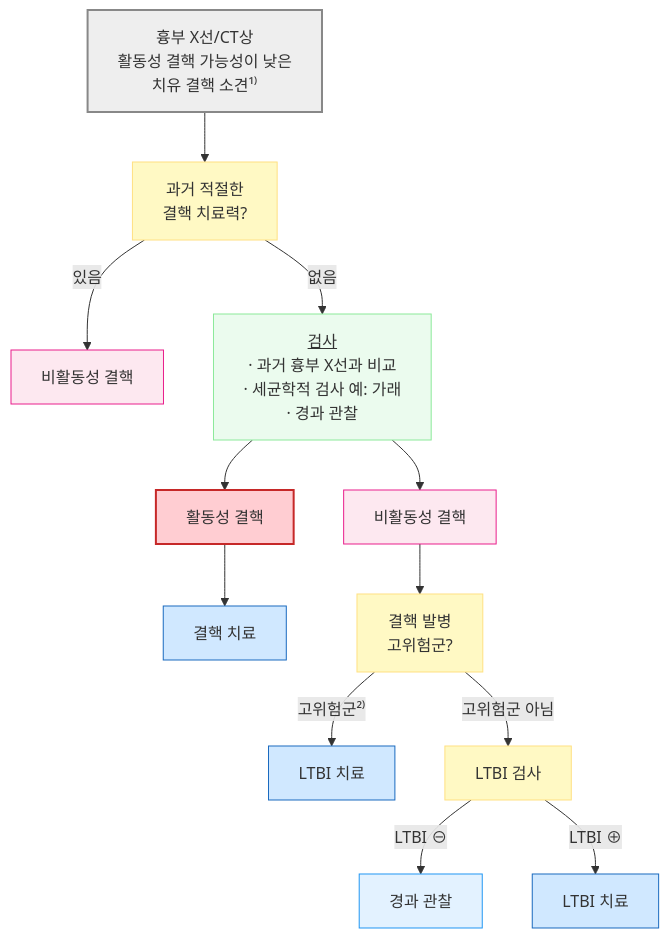
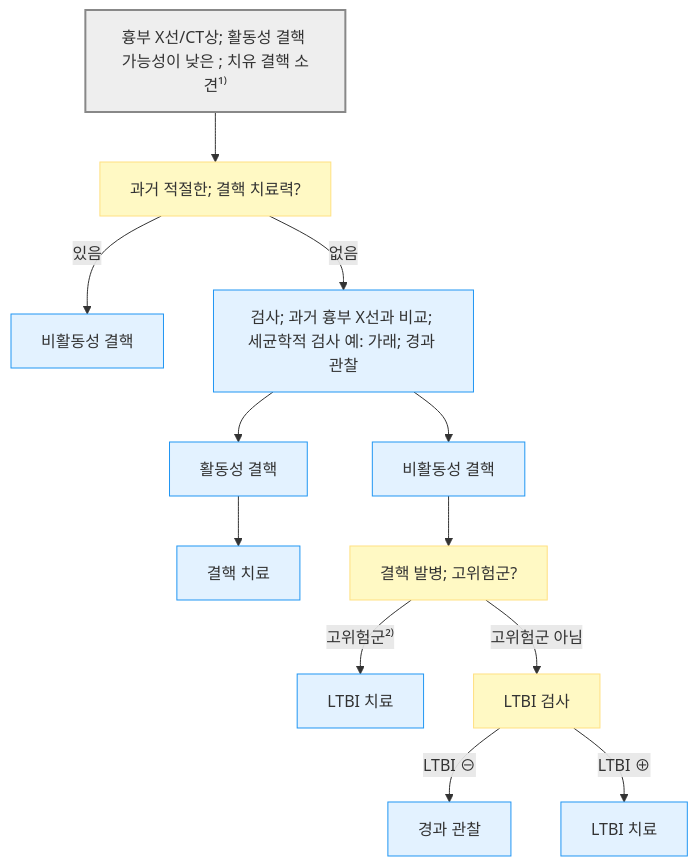
Before and after one commit to familyoh77/familyoh77: the second of 4 diagrams in 223_/070_-tuberculosis.md, drawn with Mermaid. The commit also changed other lines of this file and 2 other files, not shown here.

````diff
--- a/223_/070_-tuberculosis.md
+++ b/223_/070_-tuberculosis.md
@@ -610,37 +614,32 @@
 ```mermaid
 graph TD
-    Start["흉부 X선/CT상<br/>활동성 결핵 가능성이 낮은 <br/>치유 결핵 소견¹⁾"]
-    Q1["과거 적절한<br/>결핵 치료력?"]
+    Start["`흉부 X선/CT상; 활동성 결핵 가능성이 낮은 ; 치유 결핵 소견¹⁾`"]
+    Q1["`과거 적절한; 결핵 치료력?`"]
     HasTx["비활동성 결핵"]
-    Exam["<u>검사</u><br/>· 과거 흉부 X선과 비교<br/>· 세균학적 검사 예: 가래<br/>· 경과 관찰"]
+    Exam["`검사; 과거 흉부 X선과 비교; 세균학적 검사 예: 가래; 경과 관찰`"]
     ActiveTb["활동성 결핵"]
     ActiveTx["결핵 치료"]
     Inactive["비활동성 결핵"]
-    Q2["결핵 발병<br/>고위험군?"]
+    Q2["`결핵 발병; 고위험군?`"]
     HighRisk["LTBI 치료"]
     NotHigh["LTBI 검사"]
     LTBINeg["경과 관찰"]
     LTBIPos["LTBI 치료"]
     Start --> Q1
-    Q1 -->|"있음"| HasTx
-    Q1 -->|"없음"| Exam
+    Q1 -- "있음" --> HasTx
+    Q1 -- "없음" --> Exam
     Exam --> ActiveTb
     Exam --> Inactive
     ActiveTb --> ActiveTx
     Inactive --> Q2
-    Q2 -->|"고위험군²⁾"| HighRisk
-    Q2 -->|"고위험군 아님"| NotHigh
-    NotHigh -->|"LTBI ⊖"| LTBINeg
-    NotHigh -->|"LTBI ⊕"| LTBIPos
-    style Start fill:#eeeeee,stroke:#888888,stroke-width:2px
-    classDef yellow fill:#fff9c4,stroke:#ffe082
-    class Q1,Q2,NotHigh yellow
-    classDef pink fill:#fde8f0,stroke:#e91e8c
-    class HasTx,Inactive pink
-classDef sky fill:#e3f2ff,stroke:#2196f3
-class LTBINeg sky
-classDef blue fill:#d0e8ff,stroke:#1a6abf
-class LTBIPos,HighRisk,ActiveTx blue
-style ActiveTb fill:#ffcdd2,stroke:#c62828,stroke-width:2px
-    style Exam fill:#ebfbee,stroke:#8ce99a
+    Q2 -- "고위험군²⁾" --> HighRisk
+    Q2 -- "고위험군 아님" --> NotHigh
+    NotHigh -- "LTBI ⊖" --> LTBINeg
+    NotHigh -- "LTBI ⊕" --> LTBIPos
+    classDef start fill:#eee,stroke:#888,stroke-width:2px
+    classDef decision fill:#fff9c4,stroke:#ffe082
+    classDef action fill:#e3f2ff,stroke:#2196f3
+    class Start start
+    class Q1,Q2,NotHigh decision
+    class HasTx,Exam,ActiveTb,ActiveTx,Inactive,HighRisk,LTBINeg,LTBIPos action
 ```
````
